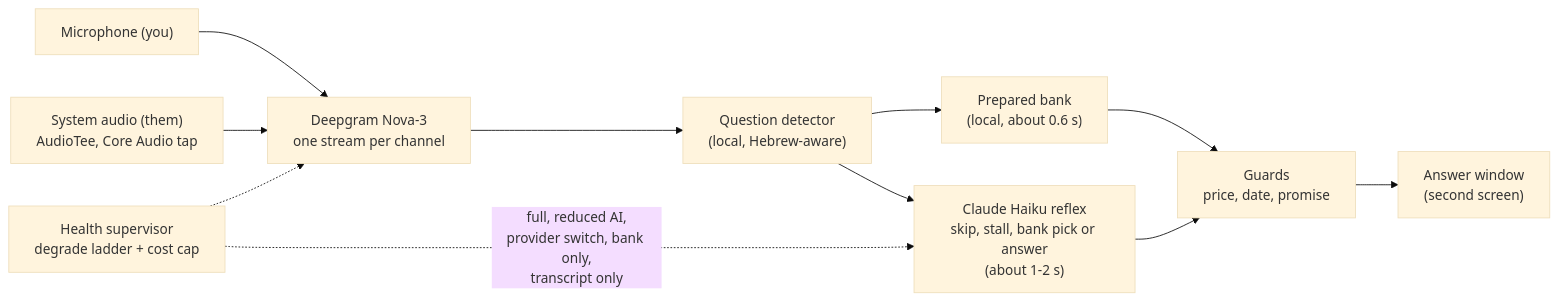
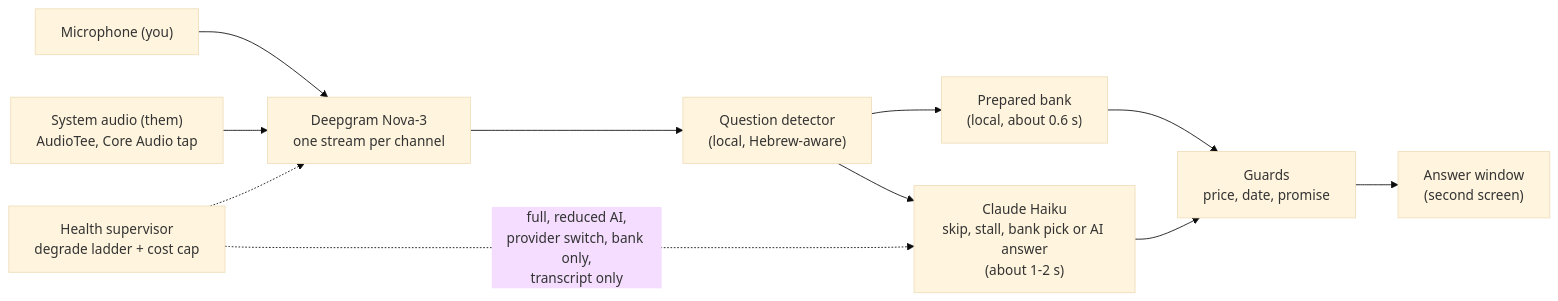
The diagram in README.md (koren850/wingman), drawn with Mermaid (base theme) before and after one commit. The commit also changed other lines of this file and 14 other files, not shown here.

````diff
--- a/README.md
+++ b/README.md
@@ -56,13 +65,13 @@
 ```mermaid
 flowchart LR
   mic["Microphone (you)"] --> stt
   sys["System audio (them)<br/>AudioTee, Core Audio tap"] --> stt
   stt["Deepgram Nova-3<br/>one stream per channel"] --> det["Question detector<br/>(local, Hebrew-aware)"]
   det --> bank["Prepared bank<br/>(local, about 0.6 s)"]
-  det --> llm["Claude Haiku reflex<br/>skip, stall, bank pick or answer<br/>(about 1-2 s)"]
+  det --> llm["Claude Haiku<br/>skip, stall, bank pick or AI answer<br/>(about 1-2 s)"]
   bank --> guards["Guards<br/>price, date, promise"]
   llm --> guards
-  guards --> overlay["Answer window<br/>(second screen)"]
+  guards --> win["Answer window<br/>(second screen)"]
   health["Health supervisor<br/>degrade ladder + cost cap"] -. "full, reduced AI,<br/>provider switch, bank only,<br/>transcript only" .-> llm
   health -.-> stt
 ```
````
